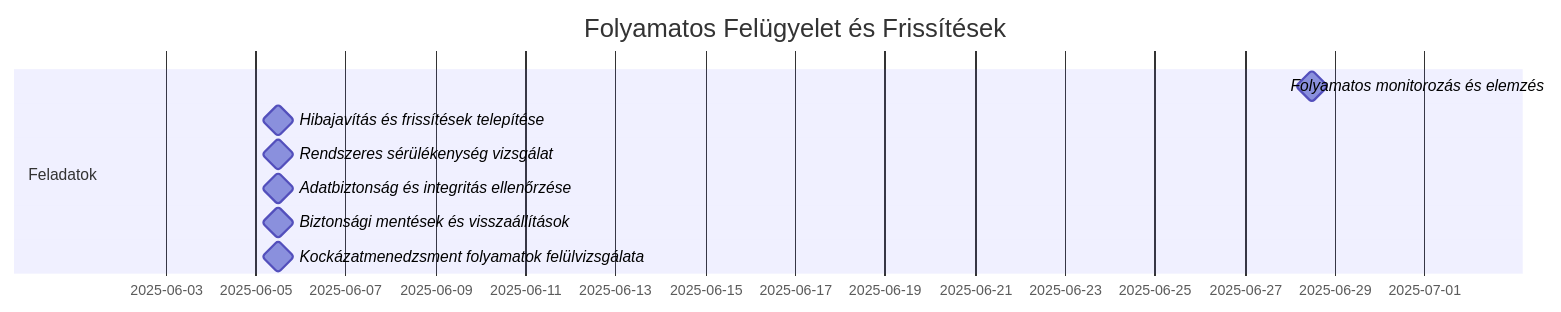
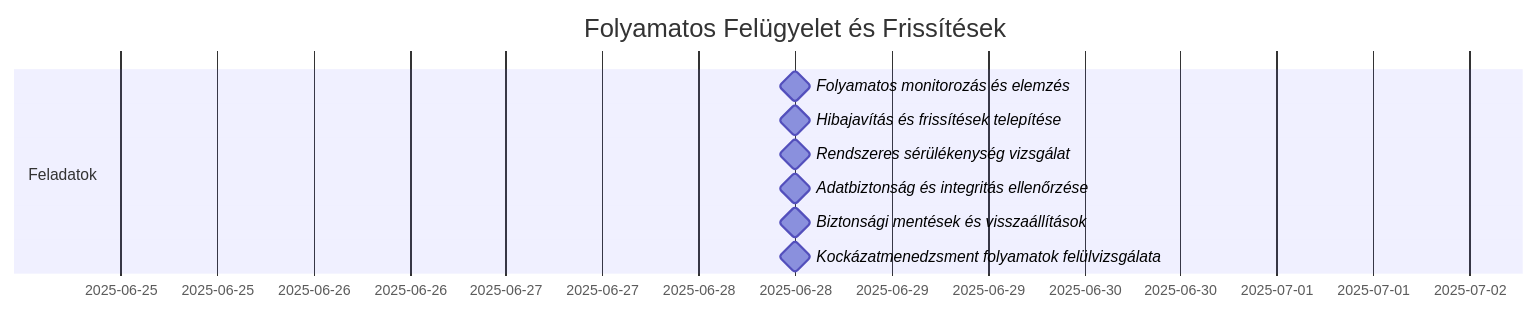
Before and after one commit to Lensver65/NIS2-keretrendszer: the ninth of 9 diagrams in NIS2-Mermaid.md, drawn with Mermaid.

````diff
--- a/NIS2-Mermaid.md
+++ b/NIS2-Mermaid.md
@@ -413,12 +413,12 @@
 ```mermaid
 gantt
     title Folyamatos Felügyelet és Frissítések
     dateFormat  YYYY-MM-DD
     section Feladatok
     Folyamatos monitorozás és elemzés :milestone, 2025-06-25, 7d
-    Hibajavítás és frissítések telepítése :milestone, 2025-06-2, 7d
-    Rendszeres sérülékenység vizsgálat :milestone, 2025-06-2, 7d
-    Adatbiztonság és integritás ellenőrzése :milestone, 2025-06-2, 7d
-    Biztonsági mentések és visszaállítások :milestone, 2025-06-2, 7d
-    Kockázatmenedzsment folyamatok felülvizsgálata :milestone, 2025-06-2, 7d
+    Hibajavítás és frissítések telepítése :milestone, 2025-06-25, 7d
+    Rendszeres sérülékenység vizsgálat :milestone, 2025-06-25, 7d
+    Adatbiztonság és integritás ellenőrzése :milestone, 2025-06-25, 7d
+    Biztonsági mentések és visszaállítások :milestone, 2025-06-25, 7d
+    Kockázatmenedzsment folyamatok felülvizsgálata :milestone, 2025-06-25, 7d
 ```
````
